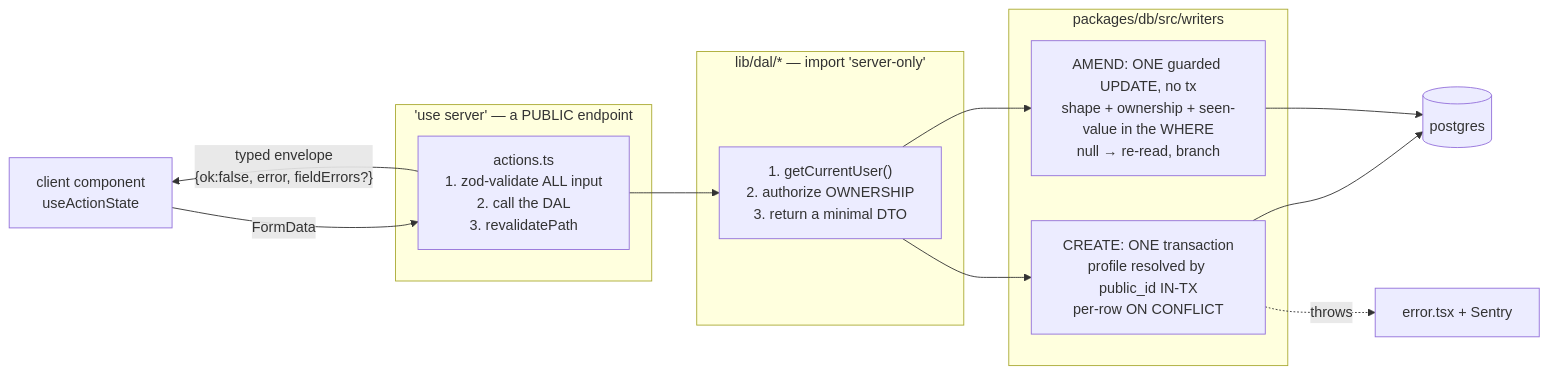
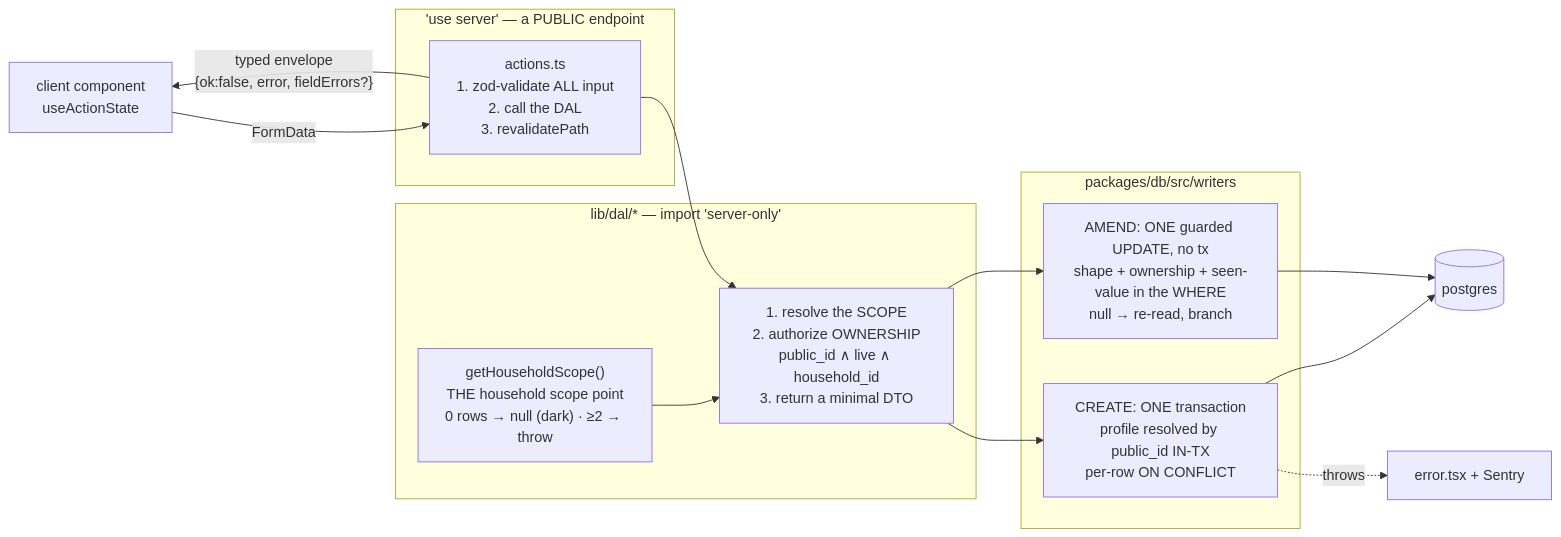
The diagram in docs/features/write-path.md (ralamode/mat-plan), drawn with Mermaid before and after one commit. The commit also changed other lines of this file and 7 other files, not shown here.

````diff
--- a/docs/features/write-path.md
+++ b/docs/features/write-path.md
@@ -26,22 +31,24 @@
 ```mermaid
 flowchart LR
   CLIENT["client component<br/>useActionState"] -->|"FormData"| ACTION
 
   subgraph action["'use server' — a PUBLIC endpoint"]
     ACTION["actions.ts<br/>1. zod-validate ALL input<br/>2. call the DAL<br/>3. revalidatePath"]
   end
 
   subgraph dal["lib/dal/* — import 'server-only'"]
-    DALFN["1. getCurrentUser()<br/>2. authorize OWNERSHIP<br/>3. return a minimal DTO"]
+    SCOPE["getHouseholdScope()<br/>THE household scope point<br/>0 rows → null (dark) · ≥2 → throw"]
+    DALFN["1. resolve the SCOPE<br/>2. authorize OWNERSHIP<br/>public_id ∧ live ∧ household_id<br/>3. return a minimal DTO"]
+    SCOPE --> DALFN
   end
 
   subgraph writer["packages/db/src/writers"]
     TX["CREATE: ONE transaction<br/>profile resolved by public_id IN-TX<br/>per-row ON CONFLICT"]
     UPD["AMEND: ONE guarded UPDATE, no tx<br/>shape + ownership + seen-value in the WHERE<br/>null → re-read, branch"]
   end
 
   ACTION --> DALFN --> TX --> DB[(postgres)]
   DALFN --> UPD --> DB
   ACTION -->|"typed envelope<br/>{ok:false, error, fieldErrors?}"| CLIENT
   TX -.->|"throws"| ERRBOUND["error.tsx + Sentry"]
 ```
````
